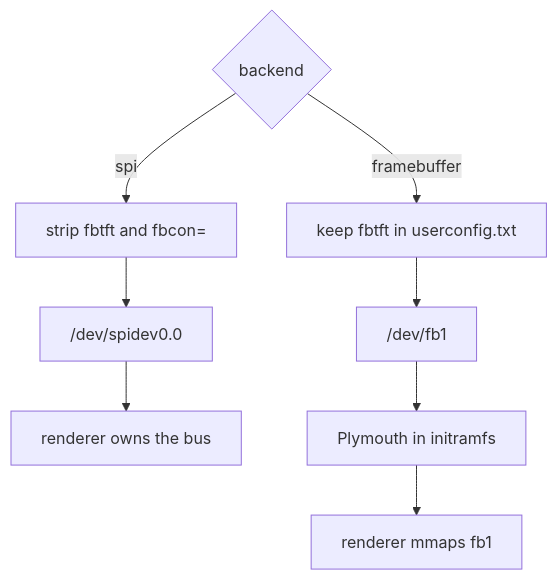
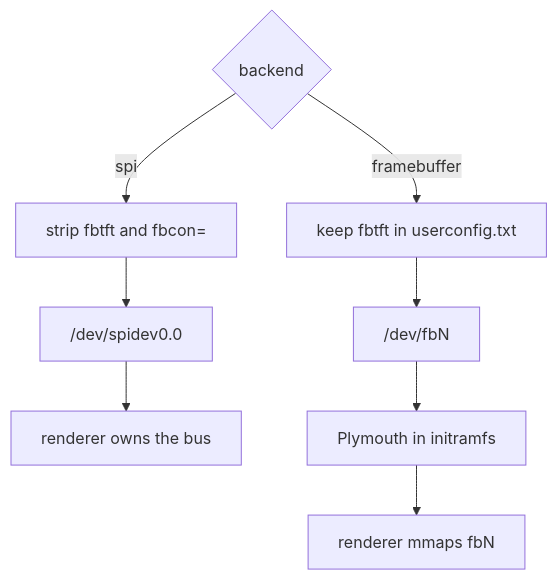
The third of 5 diagrams in docs/CONFIG.md (foonerd/rpi-waveshare28), drawn with Mermaid before and after one commit. The commit also changed other lines of this file and 12 other files, not shown here.

````diff
--- a/docs/CONFIG.md
+++ b/docs/CONFIG.md
@@ -170,11 +171,11 @@
 ```mermaid
 flowchart TD
   B{backend}
   B -->|spi| S["strip fbtft and fbcon="]
   S --> SD["/dev/spidev0.0"]
   SD --> R1["renderer owns the bus"]
   B -->|framebuffer| F["keep fbtft in userconfig.txt"]
-  F --> FB["/dev/fb1"]
+  F --> FB["/dev/fbN"]
   FB --> P["Plymouth in initramfs"]
-  P --> R2["renderer mmaps fb1"]
+  P --> R2["renderer mmaps fbN"]
 ```
````
